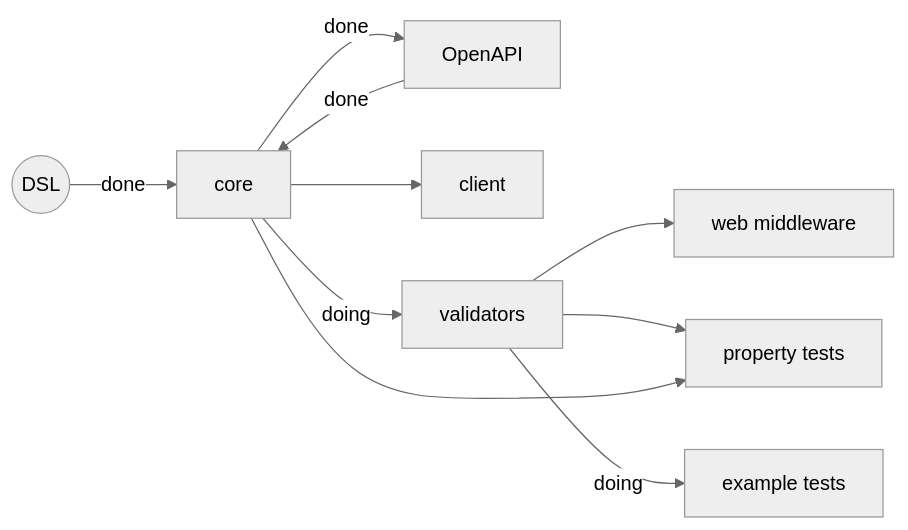
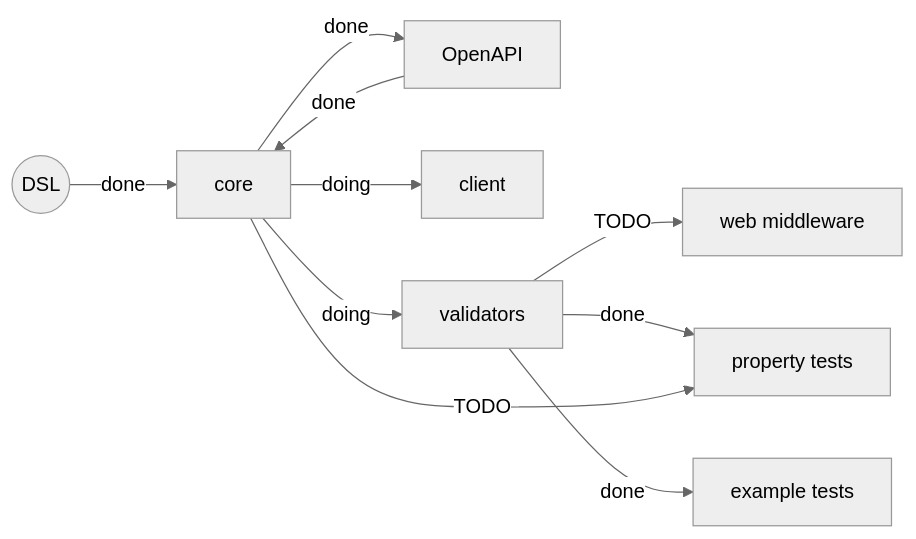
One commit to responsibleapi/responsible changed the diagram in README.md. Above: the diagram before and after it, drawn with Mermaid (neutral theme). The commit also changed 12 other files, not shown here.

````diff
--- a/README.md
+++ b/README.md
@@ -3,20 +3,20 @@
 ```mermaid
 flowchart LR
 nl5nta7qaru((DSL))
 nl5ntaat4wat[<p>core</p>]
 nl5ntadjrf2n[<p>OpenAPI</p>]
 nl5ntas4l81u[<p>client</p>]
 nl5ntav2f0da[<p>web middleware</p>]
 nl5ntay5b7y[<p>property tests</p>]
 nl5v6qw5ttu7[<p>validators</p>]
 nl5v6rmclbkp[<p>example tests</p>]
 nl5nta7qaru -->|done| nl5ntaat4wat
 nl5ntaat4wat -->|done| nl5ntadjrf2n
-nl5ntaat4wat -->| | nl5ntas4l81u
-nl5v6qw5ttu7 -->| | nl5ntav2f0da
+nl5ntaat4wat -->|doing| nl5ntas4l81u
+nl5v6qw5ttu7 -->|TODO| nl5ntav2f0da
 nl5ntadjrf2n -->|done| nl5ntaat4wat
 nl5ntaat4wat -->|doing| nl5v6qw5ttu7
-nl5v6qw5ttu7 -->| | nl5ntay5b7y
-nl5v6qw5ttu7 -->|doing| nl5v6rmclbkp
-nl5ntaat4wat -->| | nl5ntay5b7y
+nl5v6qw5ttu7 -->|done| nl5ntay5b7y
+nl5v6qw5ttu7 -->|done| nl5v6rmclbkp
+nl5ntaat4wat -->|TODO| nl5ntay5b7y
 ```
````
